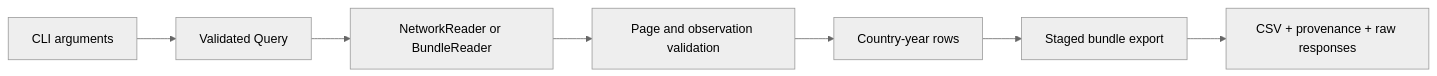
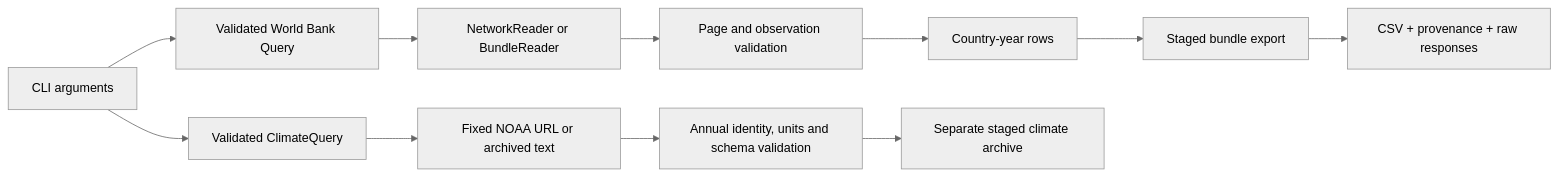
The diagram in docs/ENGINEERING.md (VikramMenon09/eco-evidence), drawn with Mermaid (neutral theme) before and after one commit. The commit also changed other lines of this file and 16 other files, not shown here.

First line of the commit message:
Add reproducible NOAA annual global CO2 archives

````diff
--- a/docs/ENGINEERING.md
+++ b/docs/ENGINEERING.md
@@ -7,9 +7,13 @@
 ```mermaid
 flowchart LR
-  CLI[CLI arguments] --> Q[Validated Query]
+  CLI[CLI arguments] --> Q[Validated World Bank Query]
   Q --> R[NetworkReader or BundleReader]
   R --> V[Page and observation validation]
   V --> C[Country-year rows]
   C --> E[Staged bundle export]
   E --> B[CSV + provenance + raw responses]
+  CLI --> CQ[Validated ClimateQuery]
+  CQ --> CR[Fixed NOAA URL or archived text]
+  CR --> CV[Annual identity, units and schema validation]
+  CV --> CE[Separate staged climate archive]
 ```
````
